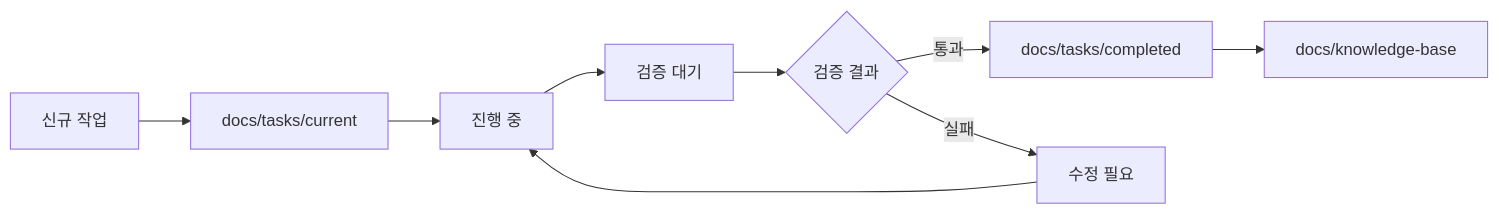
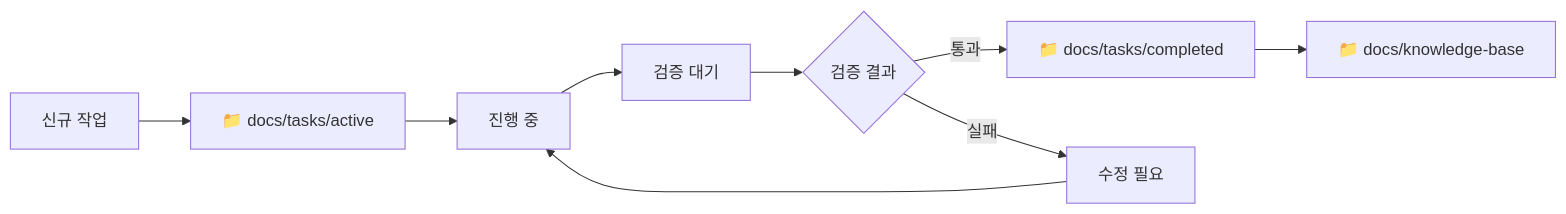
One commit to krroki/Dhacle changed the third of 4 diagrams in docs/PM-AI-Framework.md. Above: the diagram before and after it, drawn with Mermaid. The commit also changed other lines of this file and 120 other files, not shown here.

````diff
--- a/docs/PM-AI-Framework.md
+++ b/docs/PM-AI-Framework.md
@@ -769,11 +1076,11 @@
 ```mermaid
 graph LR
-    A[신규 작업] --> B[docs/tasks/current]
+    A[신규 작업] --> B["📁 docs/tasks/active"]
     B --> C[진행 중]
     C --> D[검증 대기]
     D --> E{검증 결과}
-    E -->|통과| F[docs/tasks/completed]
+    E -->|통과| F["📁 docs/tasks/completed"]
     E -->|실패| G[수정 필요]
     G --> C
-    F --> H[docs/knowledge-base]
+    F --> H["📁 docs/knowledge-base"]
 ```
````
